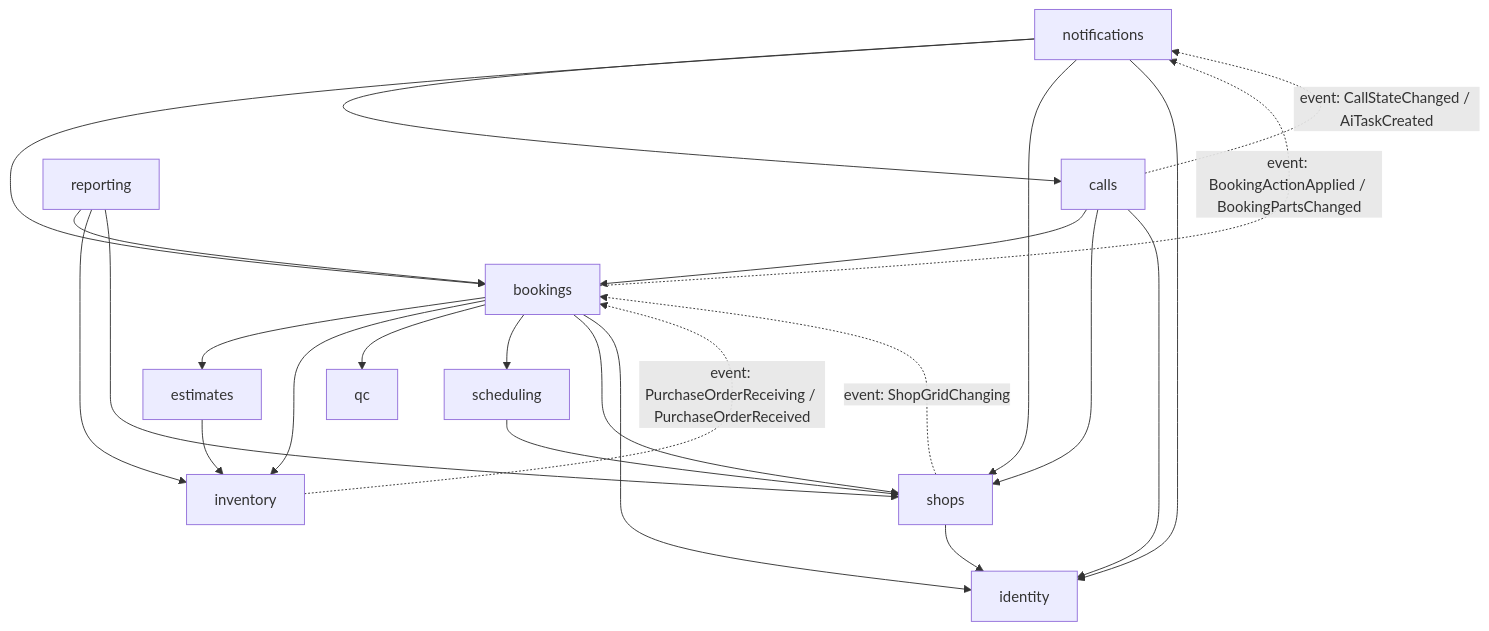
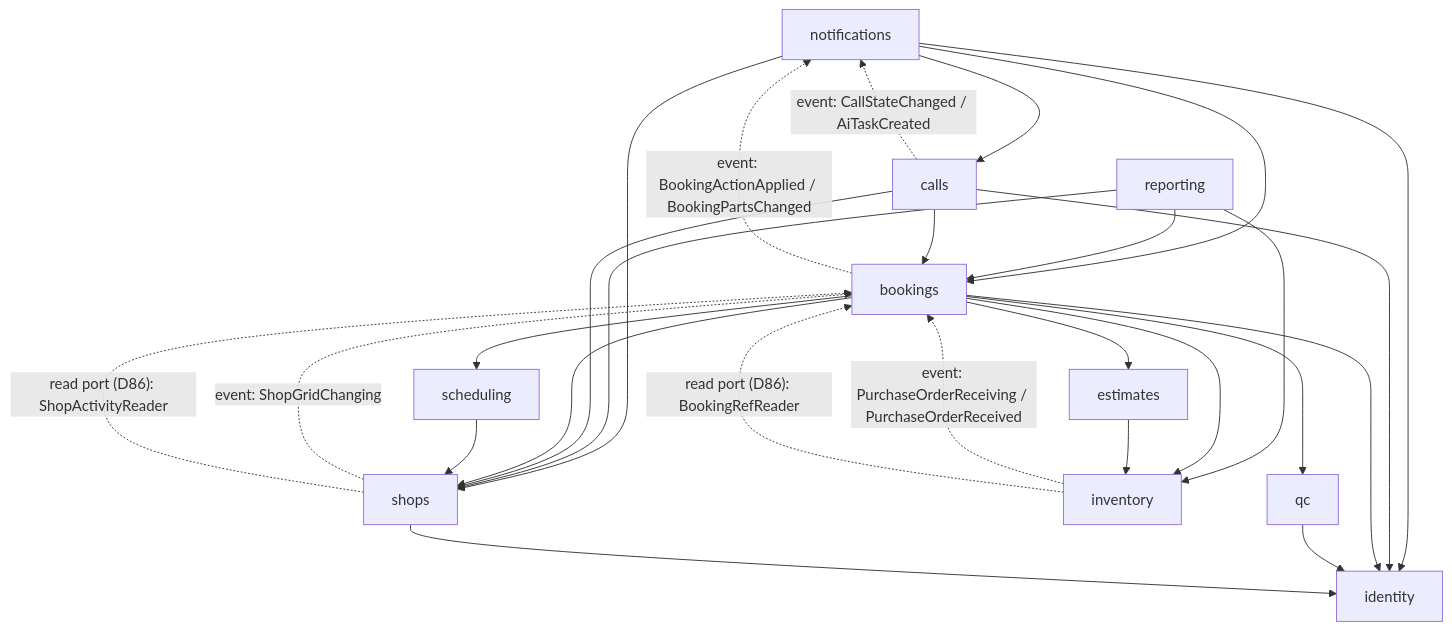
The second of 4 diagrams in .claude/specs/01-architecture.md (Haseebraza12/bayflow-loopverse-hackhathon-), drawn with Mermaid before and after one commit. The commit also changed other lines of this file and 26 other files, not shown here.

````diff
--- a/.claude/specs/01-architecture.md
+++ b/.claude/specs/01-architecture.md
@@ -135,26 +135,29 @@
 ```mermaid
 flowchart TD
     notifications --> calls
     notifications --> bookings
     notifications --> shops
     notifications --> identity
     reporting --> bookings
     reporting --> inventory
     reporting --> shops
     calls --> bookings
     calls --> shops
     calls --> identity
     bookings --> estimates
     bookings --> inventory
     bookings --> qc
     bookings --> scheduling
     bookings --> shops
     bookings --> identity
     estimates --> inventory
+    qc --> identity
     scheduling --> shops
     shops --> identity
     inventory -. "event: PurchaseOrderReceiving / PurchaseOrderReceived" .-> bookings
     shops -. "event: ShopGridChanging" .-> bookings
+    shops -. "read port (D86): ShopActivityReader" .-> bookings
+    inventory -. "read port (D86): BookingRefReader" .-> bookings
     bookings -. "event: BookingActionApplied / BookingPartsChanged" .-> notifications
     calls -. "event: CallStateChanged / AiTaskCreated" .-> notifications
 ```
````
